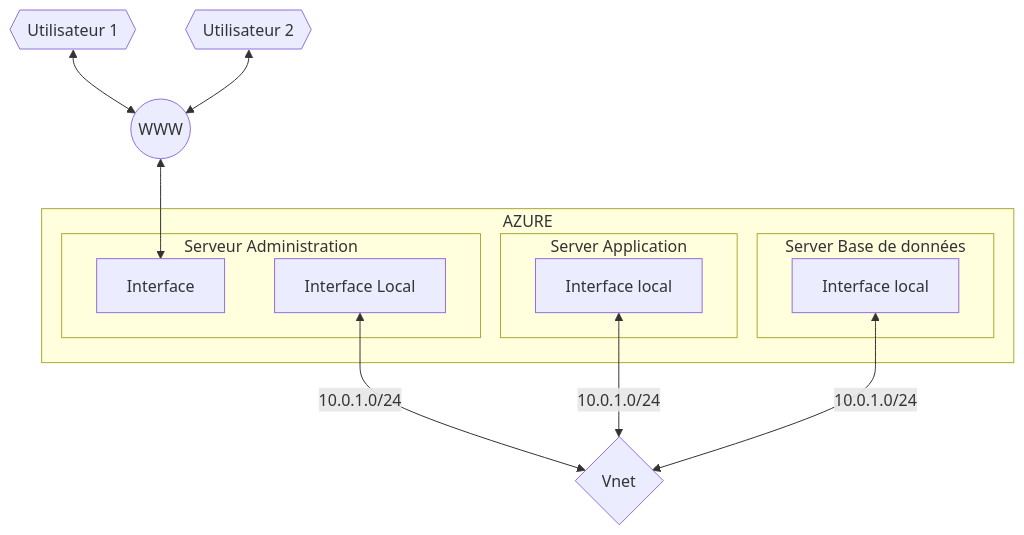
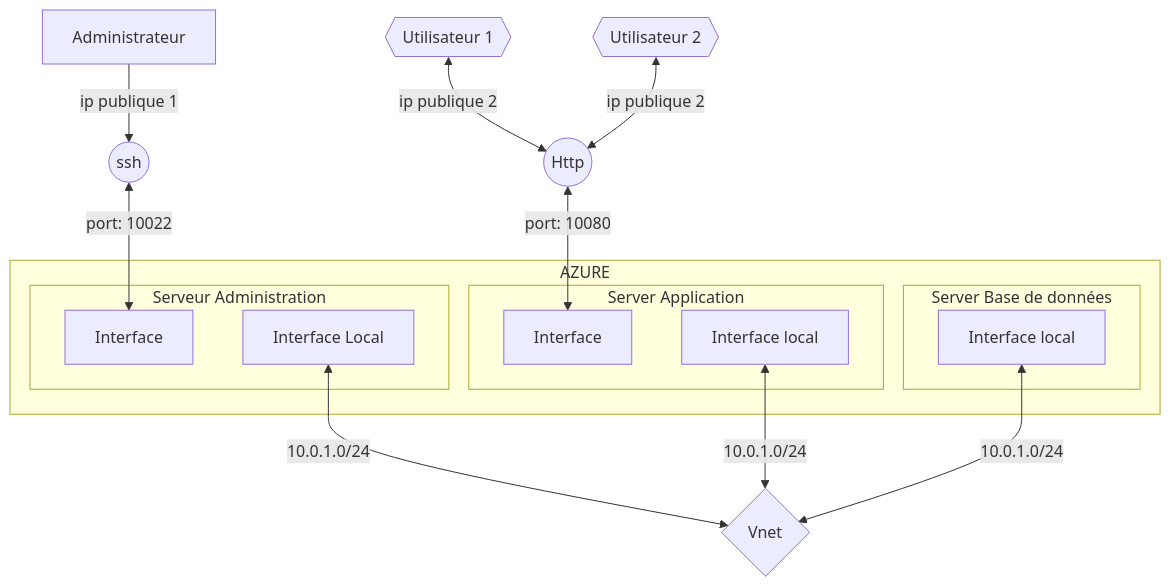
The diagram in plan_brief2.md (simplon-gabrielsarais/simplon_brief2), drawn with Mermaid before and after one commit. The commit also changed other lines of this file, not shown here.

````diff
--- a/plan_brief2.md
+++ b/plan_brief2.md
@@ -2,19 +2,23 @@
 ```mermaid
 flowchart TB
     subgraph AZR [AZURE]
         subgraph Admin [Serveur Administration]
-            IntPu[Interface]
+            IntPuAd[Interface]
             IntLoAd[Interface Local]
         end
         subgraph App [Server Application]
+        IntPuApp[Interface]
         IntLoApp[Interface local]
+        
         end
         subgraph Bdd [Server Base de données]
         IntLoBdd[Interface local]
         end
     end
     Vnet{Vnet}
     IntLoAd & IntLoApp & IntLoBdd <--10.0.1.0/24--> Vnet
-    www((WWW)) <--> IntPu
-    U1{{Utilisateur 1}} & U2{{ Utilisateur 2}} <--> www
+    Http((Http)) <--port: 10080--> IntPuApp
+    U1{{Utilisateur 1}} & U2{{ Utilisateur 2}} <--ip publique 2--> Http
+    ssh((ssh))<--port: 10022-->IntPuAd
+    admin[Administrateur]--ip publique 1-->ssh
 ```
````
